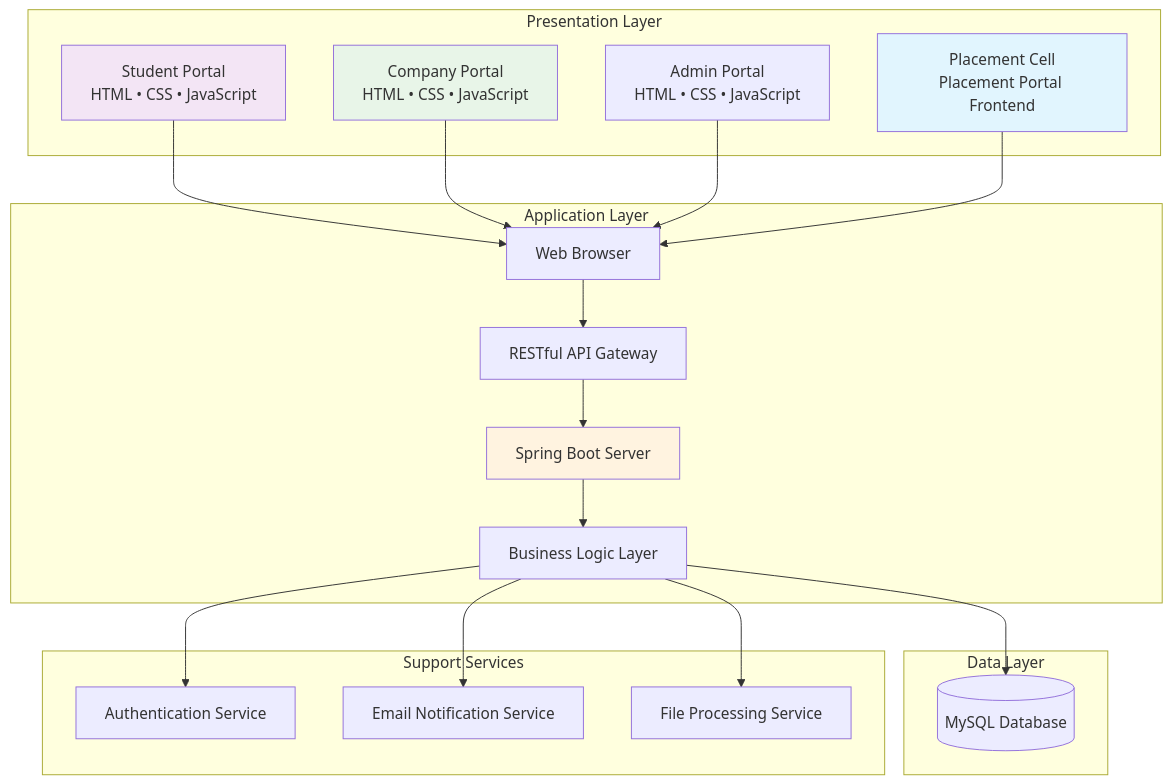
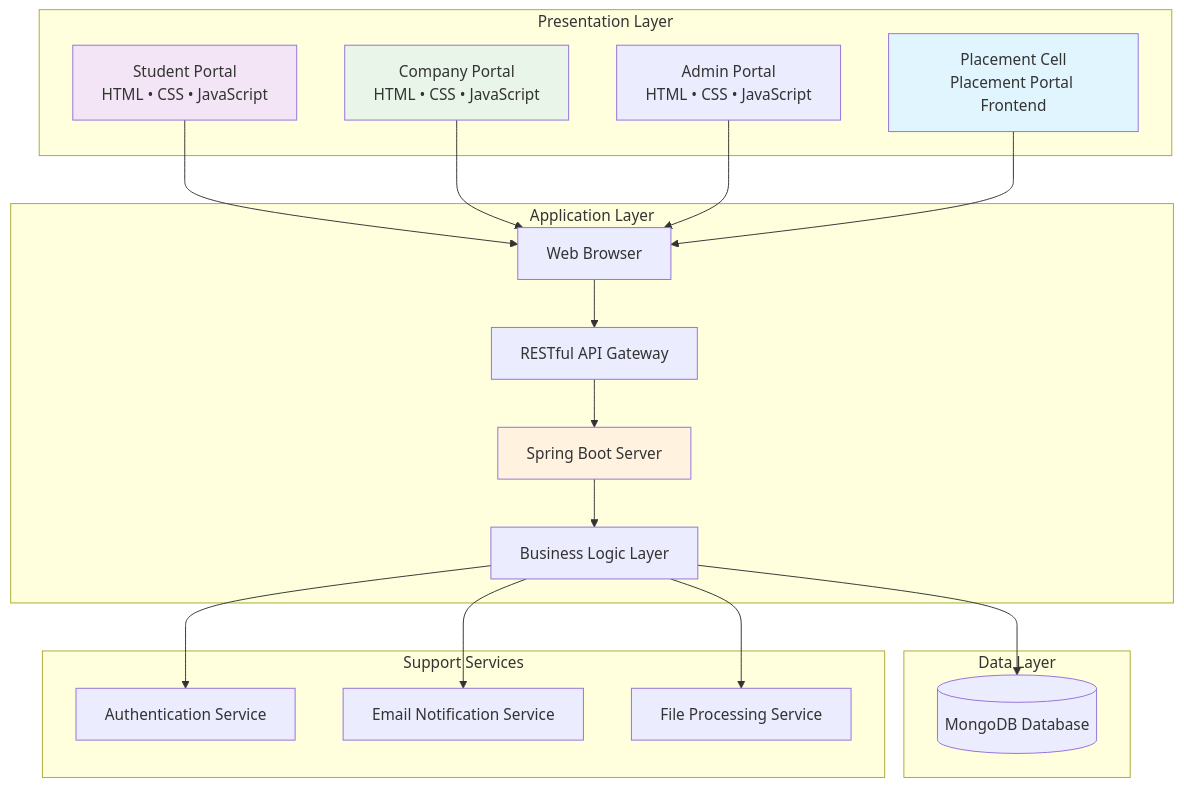
The first of 4 diagrams in README.md (Abhay-k12/Placement-Portal), drawn with Mermaid before and after one commit. The commit also changed other lines of this file, not shown here.

````diff
--- a/README.md
+++ b/README.md
@@ -92,39 +92,39 @@
 ```mermaid
 graph TB
     subgraph "Presentation Layer"
         A[Student Portal<br/>HTML • CSS • JavaScript]
         B[Company Portal<br/>HTML • CSS • JavaScript]
         C[Admin Portal<br/>HTML • CSS • JavaScript]
         D[Placement Cell<br/>Placement Portal Frontend]
     end
     
     A --> F[Web Browser]
     B --> F
     C --> F
     D --> F
     
     subgraph "Application Layer"
         F --> G[RESTful API Gateway]
         G --> H[Spring Boot Server]
         H --> I[Business Logic Layer]
     end
     
     subgraph "Data Layer"
-        I --> J[(MySQL Database)]
+        I --> J[(MongoDB Database)]
     end
     
     subgraph "Support Services"
         K[Authentication Service]
         L[Email Notification Service]
         M[File Processing Service]
     end
     
     I --> K
     I --> L
     I --> M
     
     style D fill:#e1f5fe
     style A fill:#f3e5f5
     style B fill:#e8f5e8
     style H fill:#fff3e0
 ```
````
